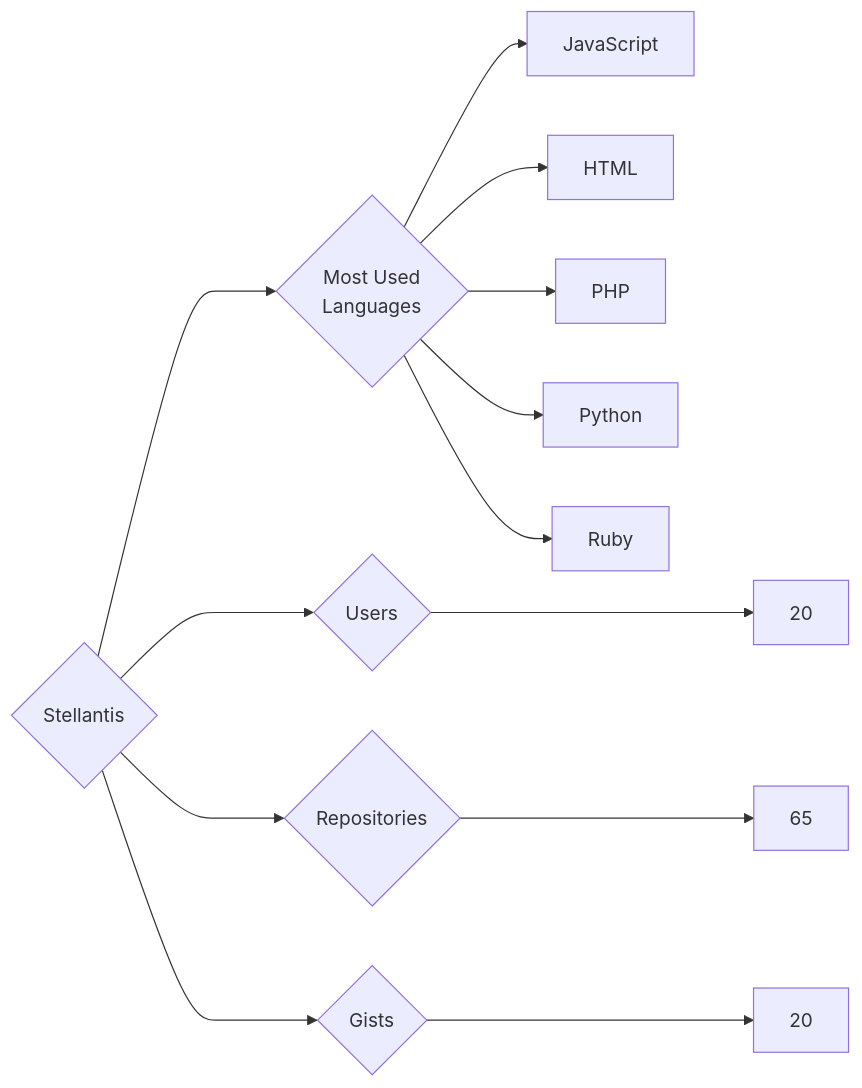
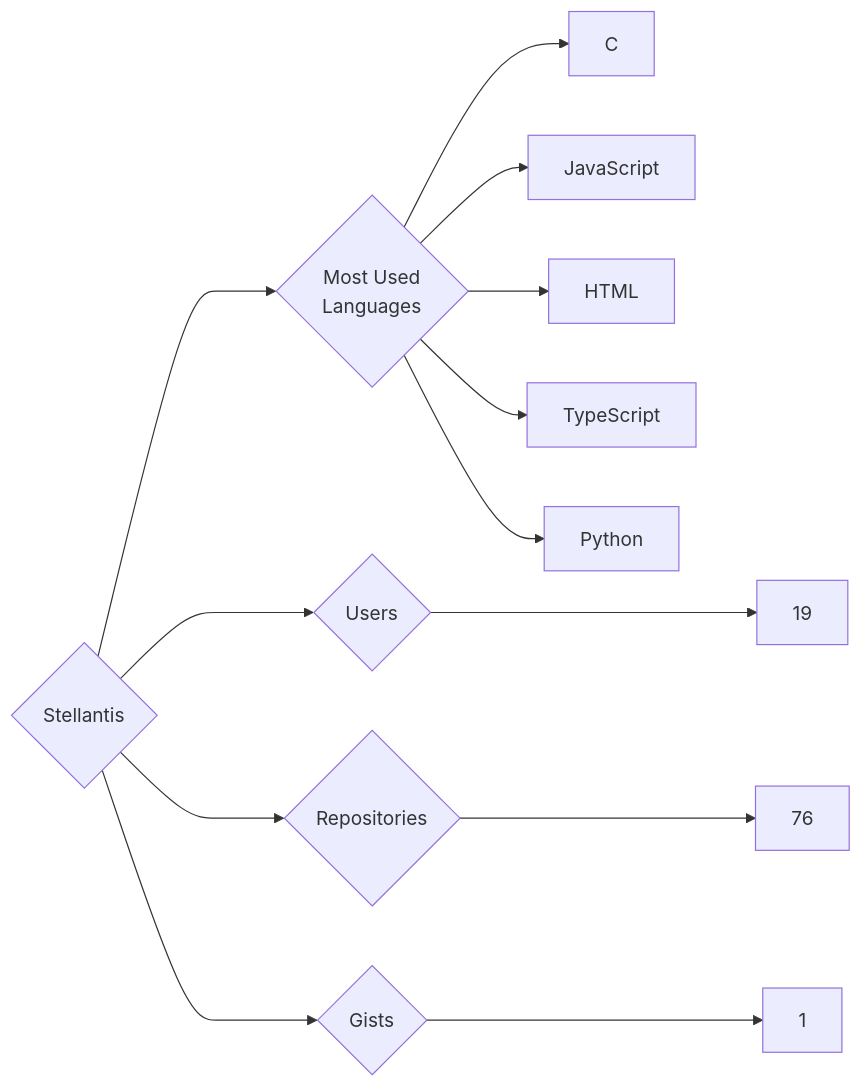
Before and after one commit to trickest/insiders: the diagram in targets/Stellantis/README.md, drawn with Mermaid. The commit also changed 695 other files, not shown here.

````diff
--- a/targets/Stellantis/README.md
+++ b/targets/Stellantis/README.md
@@ -3,13 +3,13 @@
 ```mermaid
 graph LR
 COMPANY_NAME{Stellantis}
-COMPANY_NAME ---> U{Users} ---> UN[20]
-COMPANY_NAME ---> R{Repositories} ---> RN[65]
-COMPANY_NAME ---> G{Gists} ---> GN[20]
+COMPANY_NAME ---> U{Users} ---> UN[19]
+COMPANY_NAME ---> R{Repositories} ---> RN[76]
+COMPANY_NAME ---> G{Gists} ---> GN[1]
 COMPANY_NAME ---> ML{Most Used<br>Languages}
+ML --> C[C]
 ML --> JavaScript[JavaScript]
 ML --> HTML[HTML]
-ML --> PHP[PHP]
+ML --> TypeScript[TypeScript]
 ML --> Python[Python]
-ML --> Ruby[Ruby]
 ```
````
